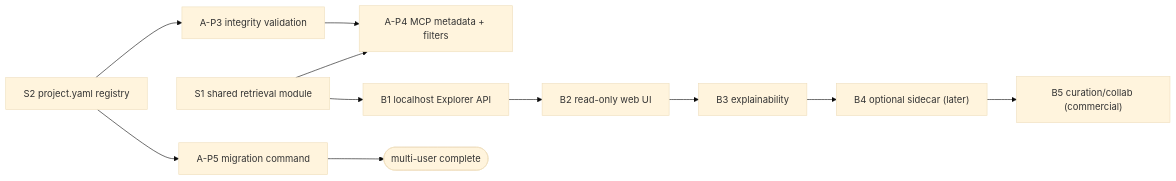
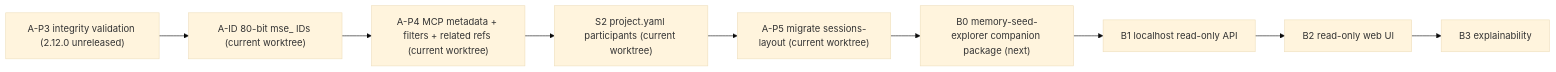
The diagram in docs/todo/3.0-plan.md (jnl-tshi/memory-seed), drawn with Mermaid (base theme) before and after one commit. The commit also changed other lines of this file and 50 other files, not shown here.

First line of the commit message:
Release 2.12.0: multi-user Phase 3 (links check, mse_ IDs, MCP filters, participants, migrate)

````diff
--- a/docs/todo/3.0-plan.md
+++ b/docs/todo/3.0-plan.md
@@ -106,12 +350,11 @@
 ```mermaid
 flowchart LR
-  S1["S1 shared retrieval module"] --> P4["A-P4 MCP metadata + filters"]
-  S1 --> B1["B1 localhost Explorer API"]
-  S2["S2 project.yaml registry"] --> P3["A-P3 integrity validation"]
-  S2 --> P5["A-P5 migration command"]
-  B1 --> B2["B2 read-only web UI"] --> B3["B3 explainability"]
-  P3 --> P4
-  B3 --> B4["B4 optional sidecar (later)"]
-  B4 --> B5["B5 curation/collab (commercial)"]
-  P5 --> done(["multi-user complete"])
+  P3["A-P3 integrity validation (2.12.0 unreleased)"] --> ID["A-ID 80-bit mse_ IDs (current worktree)"]
+  ID --> P4["A-P4 MCP metadata + filters + related refs (current worktree)"]
+  P4 --> S2["S2 project.yaml participants (current worktree)"]
+  S2 --> P5["A-P5 migrate sessions-layout (current worktree)"]
+  P5 --> B0["B0 memory-seed-explorer companion package (next)"]
+  B0 --> B1["B1 localhost read-only API"]
+  B1 --> B2["B2 read-only web UI"]
+  B2 --> B3["B3 explainability"]
 ```
````
